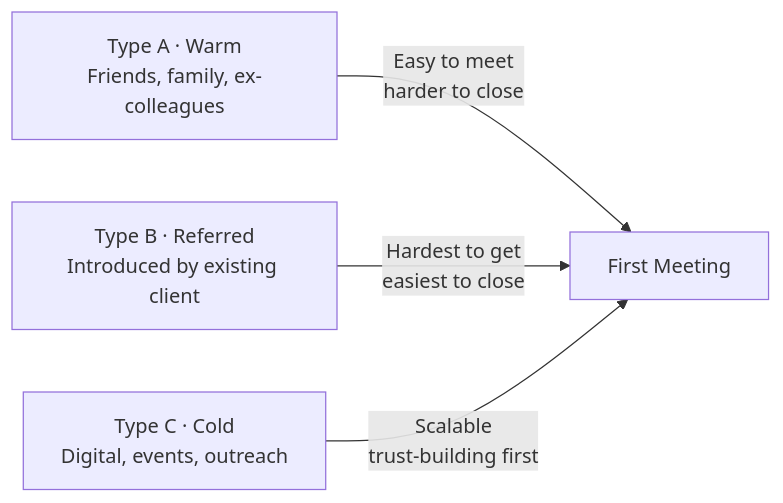
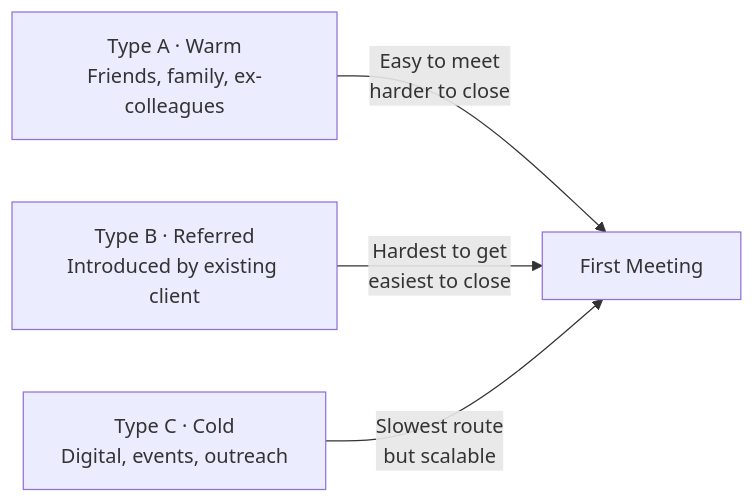
The second of 3 diagrams in docs/first-60-days/week-7/day-37.md (leotansingapore/aia-product-compass-hub), drawn with Mermaid before and after one commit. The commit also changed other lines of this file and 1 other file, not shown here.

````diff
--- a/docs/first-60-days/week-7/day-37.md
+++ b/docs/first-60-days/week-7/day-37.md
@@ -123,9 +56,9 @@
 ```mermaid
 flowchart LR
     A["Type A · Warm<br/>Friends, family, ex-colleagues"]
     B["Type B · Referred<br/>Introduced by existing client"]
     C["Type C · Cold<br/>Digital, events, outreach"]
     A -->|"Easy to meet<br/>harder to close"| M["First Meeting"]
     B -->|"Hardest to get<br/>easiest to close"| M
-    C -->|"Scalable<br/>trust-building first"| M
+    C -->|"Slowest route<br/>but scalable"| M
 ```
````
